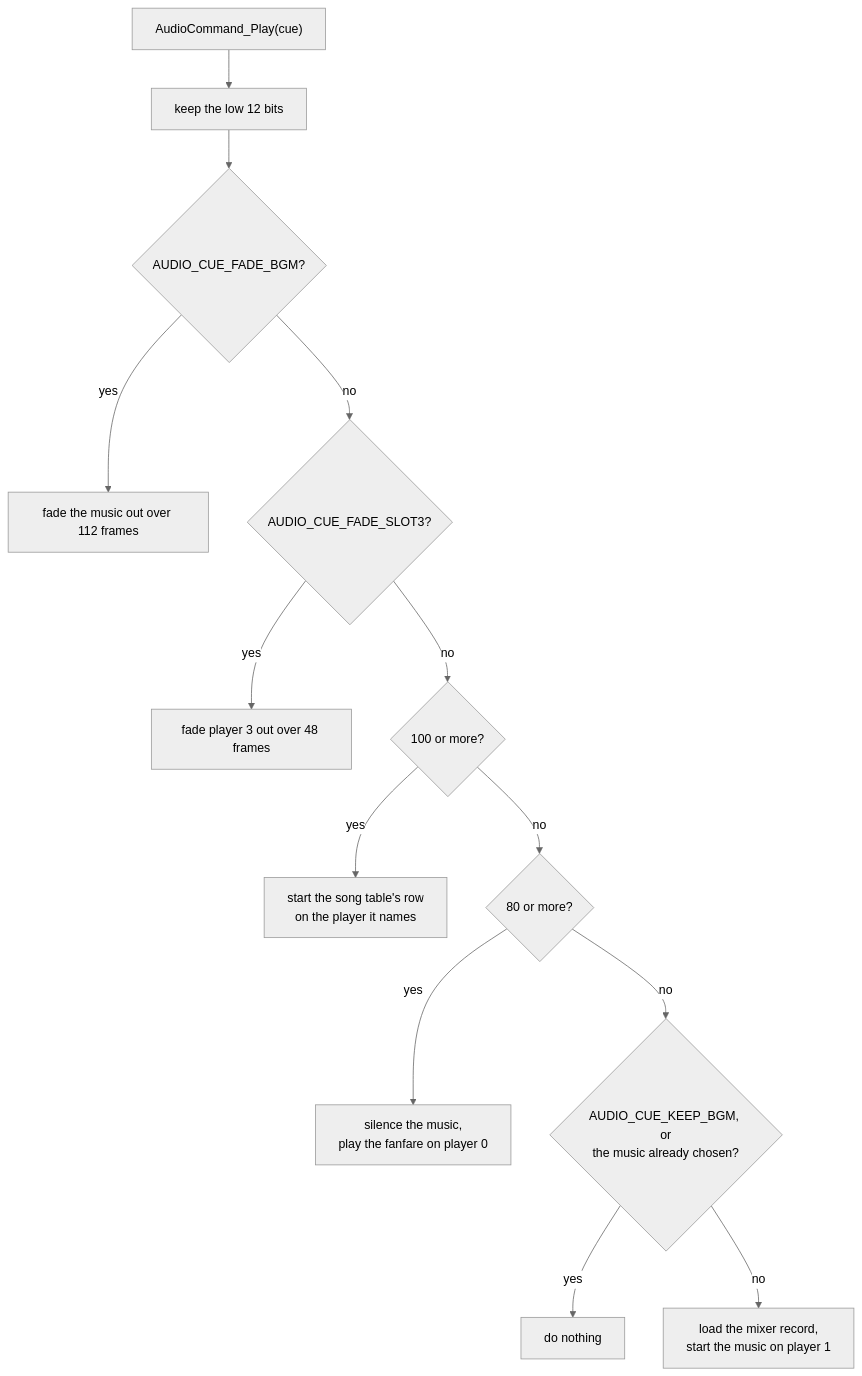
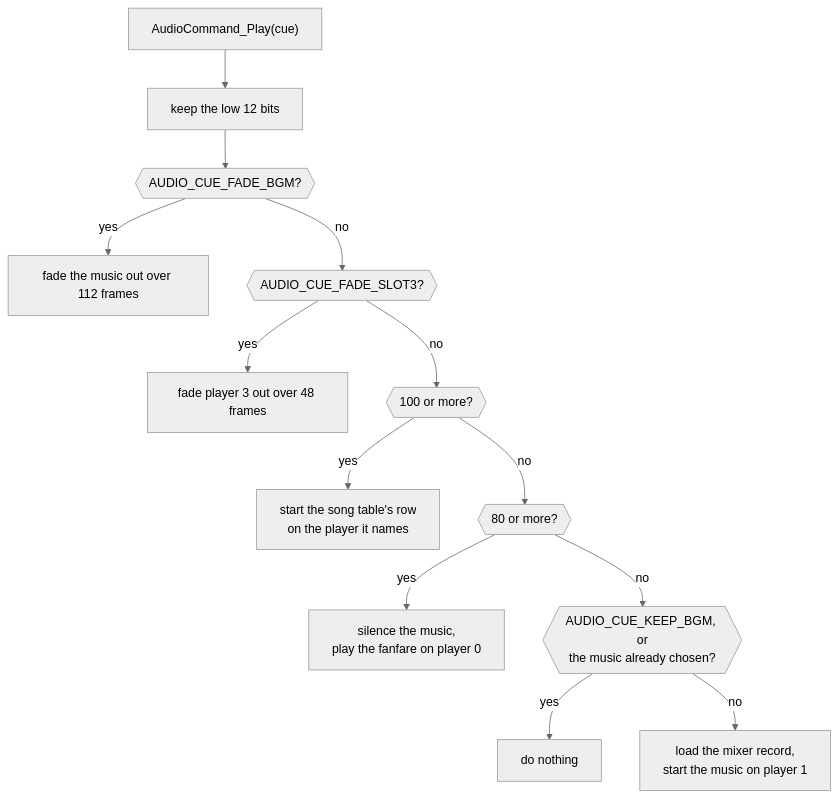
The second of 3 diagrams in games/tbs/src/sound/README.md (PascalPixel/alchemy), drawn with Mermaid (neutral theme) before and after one commit. The commit also changed other lines of this file and 17 other files, not shown here.

First line of the commit message:
Docs: diagrams that draw on the site

````diff
--- a/games/tbs/src/sound/README.md
+++ b/games/tbs/src/sound/README.md
@@ -33,15 +33,15 @@
 ```mermaid
 flowchart TD
     play["AudioCommand_Play(cue)"] --> mask["keep the low 12 bits"]
-    mask --> fade{"AUDIO_CUE_FADE_BGM?"}
+    mask --> fade{{"AUDIO_CUE_FADE_BGM?"}}
     fade -->|yes| fadeout["fade the music out over 112 frames"]
-    fade -->|no| slot3{"AUDIO_CUE_FADE_SLOT3?"}
+    fade -->|no| slot3{{"AUDIO_CUE_FADE_SLOT3?"}}
     slot3 -->|yes| fade3["fade player 3 out over 48 frames"]
-    slot3 -->|no| song{"100 or more?"}
+    slot3 -->|no| song{{"100 or more?"}}
     song -->|yes| row["start the song table's row<br/>on the player it names"]
-    song -->|no| jingle{"80 or more?"}
+    song -->|no| jingle{{"80 or more?"}}
     jingle -->|yes| fanfare["silence the music,<br/>play the fanfare on player 0"]
-    jingle -->|no| same{"AUDIO_CUE_KEEP_BGM, or<br/>the music already chosen?"}
+    jingle -->|no| same{{"AUDIO_CUE_KEEP_BGM, or<br/>the music already chosen?"}}
     same -->|yes| nothing["do nothing"]
     same -->|no| music["load the mixer record,<br/>start the music on player 1"]
 ```
````
